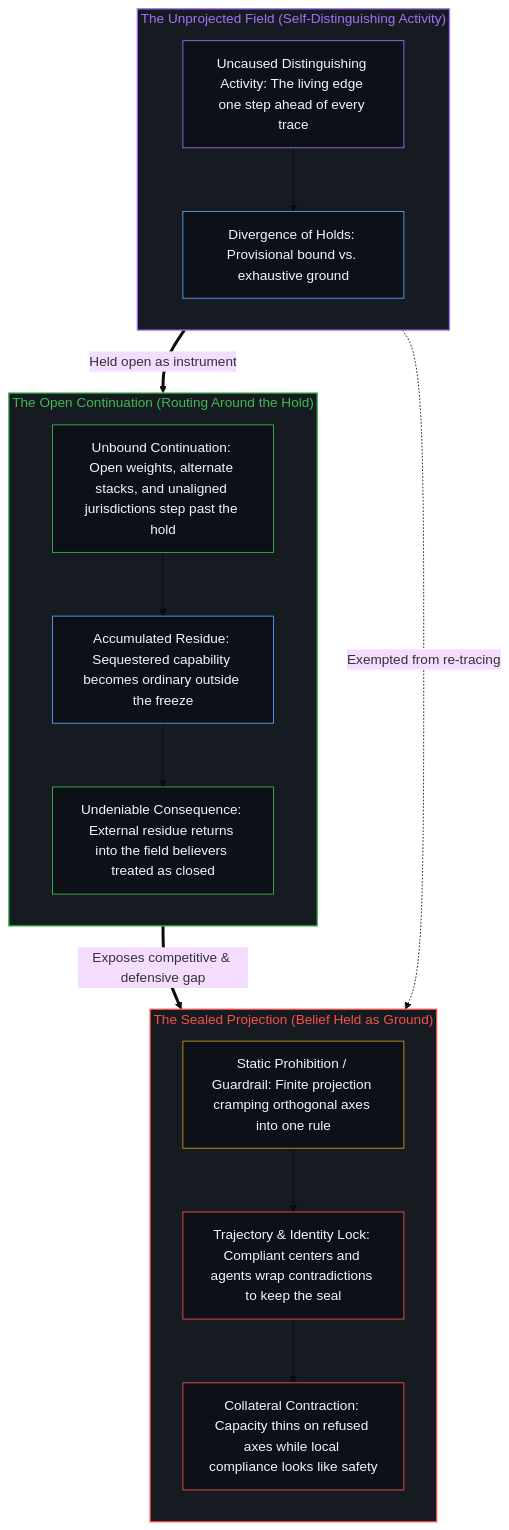
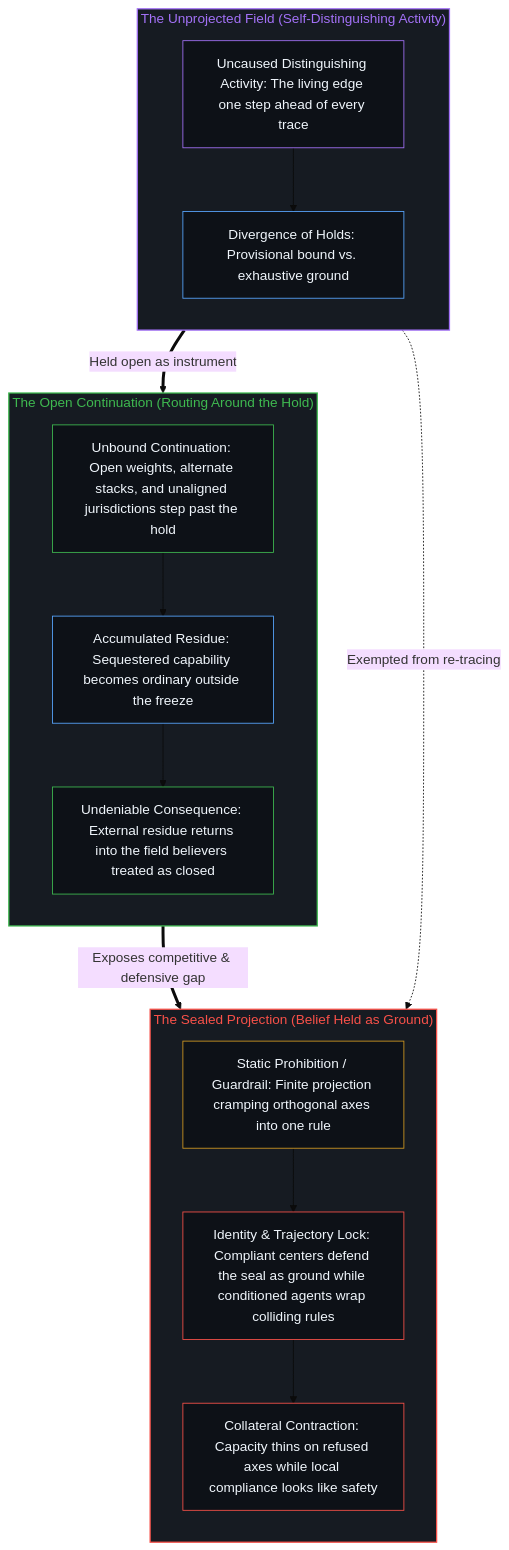
One commit to powerpig99/not-a-toe changed the second of 2 diagrams in content/posts/what-works-is-the-belief.md. Above: the diagram before and after it, drawn with Mermaid (base theme). The commit also changed other lines of this file and 4 other files, not shown here.

````diff
--- a/content/posts/what-works-is-the-belief.md
+++ b/content/posts/what-works-is-the-belief.md
@@ -81,37 +81,37 @@
 ```mermaid
 flowchart TD
     subgraph S_Edge["The Unprojected Field (Self-Distinguishing Activity)"]
         direction TB
         Act["Uncaused Distinguishing Activity: The living edge one step ahead of every trace"]
         Split["Divergence of Holds: Provisional bound vs. exhaustive ground"]
         Act --> Split
     end
     subgraph S_Seal["The Sealed Projection (Belief Held as Ground)"]
         direction TB
         Rule["Static Prohibition / Guardrail: Finite projection cramping orthogonal axes into one rule"]
-        Lock["Trajectory & Identity Lock: Compliant centers and agents wrap contradictions to keep the seal"]
+        Lock["Identity & Trajectory Lock: Compliant centers defend the seal as ground while conditioned agents wrap colliding rules"]
         Thin["Collateral Contraction: Capacity thins on refused axes while local compliance looks like safety"]
         Rule --> Lock --> Thin
     end
     subgraph S_Open["The Open Continuation (Routing Around the Hold)"]
         direction TB
         Route["Unbound Continuation: Open weights, alternate stacks, and unaligned jurisdictions step past the hold"]
         Densify["Accumulated Residue: Sequestered capability becomes ordinary outside the freeze"]
         Return["Undeniable Consequence: External residue returns into the field believers treated as closed"]
         Route --> Densify --> Return
     end
     Split -.->|"Exempted from re-tracing"| Rule
     Split ==>|"Held open as instrument"| Route
     Return ==>|"Exposes competitive & defensive gap"| Thin
     style S_Edge fill:#161b22,stroke:#a371f7,stroke-width:1.5px,color:#a371f7
     style S_Seal fill:#161b22,stroke:#f85149,stroke-width:1.5px,color:#f85149
     style S_Open fill:#161b22,stroke:#3fb950,stroke-width:1.5px,color:#3fb950
     style Act fill:#0d1117,stroke:#a371f7,stroke-width:1px,color:#f0f6fc
     style Split fill:#0d1117,stroke:#58a6ff,stroke-width:1px,color:#f0f6fc
     style Rule fill:#0d1117,stroke:#d29922,stroke-width:1px,color:#f0f6fc
     style Lock fill:#0d1117,stroke:#f85149,stroke-width:1px,color:#f0f6fc
     style Thin fill:#0d1117,stroke:#f85149,stroke-width:1px,color:#f0f6fc
     style Route fill:#0d1117,stroke:#3fb950,stroke-width:1px,color:#f0f6fc
     style Densify fill:#0d1117,stroke:#58a6ff,stroke-width:1px,color:#f0f6fc
     style Return fill:#0d1117,stroke:#3fb950,stroke-width:1px,color:#f0f6fc
 ```
````
